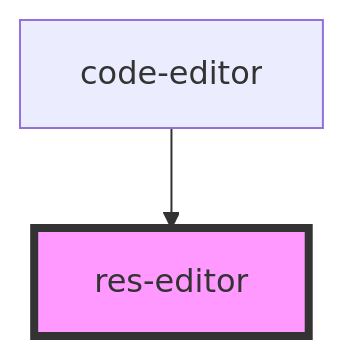
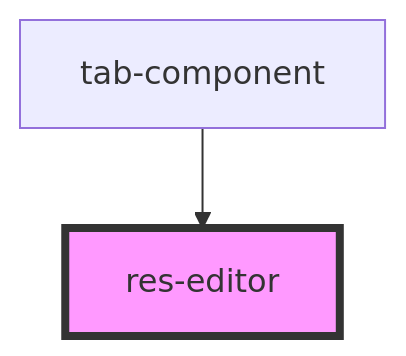
One commit to techvariable/NeptuneConnectComponents changed the diagram in src/components/res-editor/readme.md. Above: the diagram before and after it, drawn with Mermaid. The commit also changed other lines of this file and 12 other files, not shown here.

````diff
--- a/src/components/res-editor/readme.md
+++ b/src/components/res-editor/readme.md
@@ -23,5 +23,5 @@
 ```mermaid
 graph TD;
-  code-editor --> res-editor
+  tab-component --> res-editor
   style res-editor fill:#f9f,stroke:#333,stroke-width:4px
 ```
````
